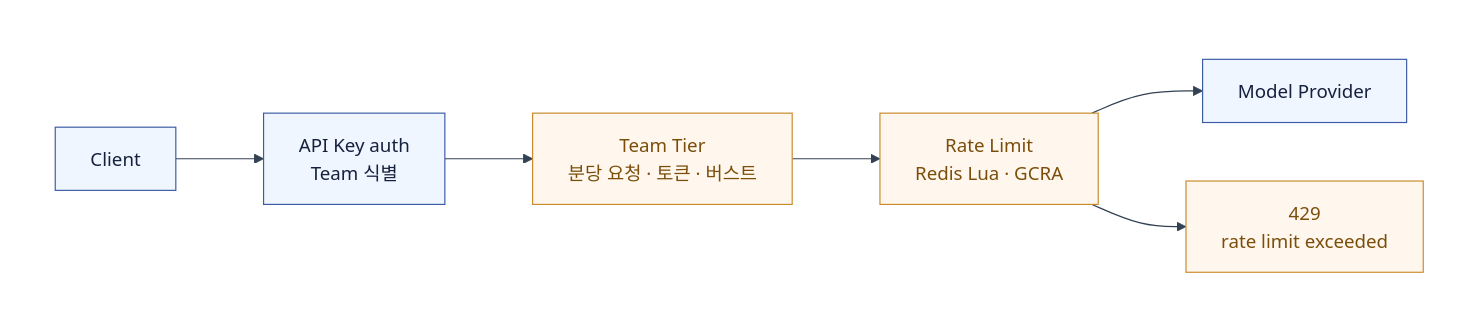
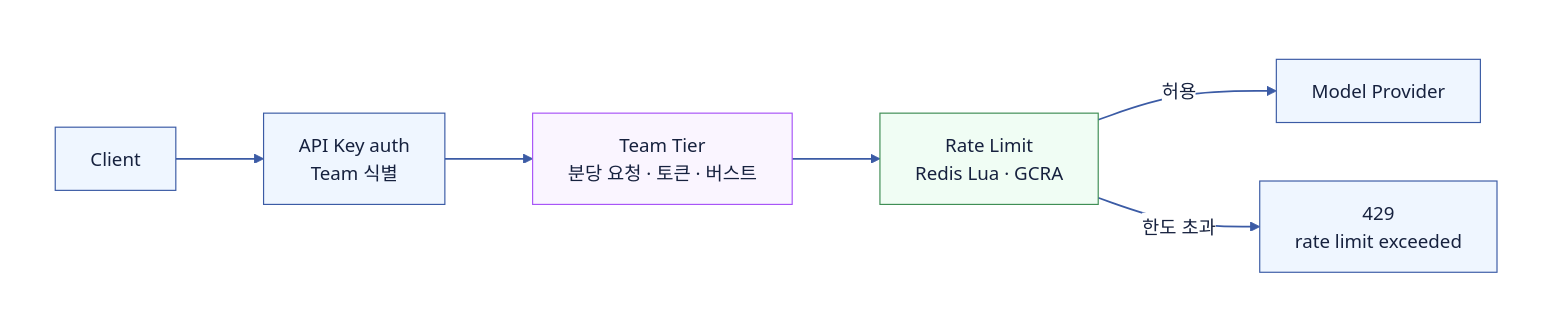
Before and after one commit to Hyune-s-lab/my-ai-study: the first of 3 diagrams in system-design/2608-admission-control/2608-p1-rate-limit.md, drawn with Mermaid. The commit also changed other lines of this file and 28 other files, not shown here.

Commit message:
docs: Mermaid 호환성과 문서 가독성 개선

````diff
--- a/system-design/2608-admission-control/2608-p1-rate-limit.md
+++ b/system-design/2608-admission-control/2608-p1-rate-limit.md
@@ -11,31 +11,26 @@
 ```mermaid
----
-config:
-  theme: base
-  darkMode: false
-  themeVariables:
-    background: "#ffffff"
-    primaryColor: "#ffffff"
-    primaryTextColor: "#111827"
-    primaryBorderColor: "#475569"
-    lineColor: "#334155"
-    edgeLabelBackground: "#ffffff"
----
 flowchart LR
+%%{init: {"theme": "base", "darkMode": false, "themeVariables": {"background": "#ffffff", "primaryColor": "#EFF6FF", "primaryTextColor": "#16213E", "primaryBorderColor": "#3B5BA5", "secondaryColor": "#F0FDF4", "tertiaryColor": "#FAF5FF", "lineColor": "#3B5BA5", "textColor": "#16213E", "edgeLabelBackground": "#ffffff", "clusterBkg": "#F8FAFC", "clusterBorder": "#CBD5E1"}}}%%
   subgraph canvas[" "]
     direction LR
-    client["Client"]:::app
-    auth["API Key auth<br/>Team 식별"]:::app
-    tier["Team Tier<br/>분당 요청 · 토큰 · 버스트"]:::ctrl
-    rate["Rate Limit<br/>Redis Lua · GCRA"]:::ctrl
-    provider["Model Provider"]:::app
-    denied["429<br/>rate limit exceeded"]:::ctrl
-
-    client --> auth --> tier --> rate --> provider
-    rate --> denied
+    client["Client"]
+    auth["API Key auth<br/>Team 식별"]
+    tier["Team Tier<br/>분당 요청 · 토큰 · 버스트"]
+    rate["Rate Limit<br/>Redis Lua · GCRA"]
+    provider["Model Provider"]
+    denied["429<br/>rate limit exceeded"]
+  
+    client --> auth --> tier --> rate
+    rate -->|"허용"| provider
+    rate -->|"한도 초과"| denied
   end
-
+  style canvas fill:#ffffff,stroke:#ffffff,color:#111827
+  linkStyle default stroke:#3B5BA5,stroke-width:1.5px
   classDef app fill:#EFF6FF,stroke:#3B5BA5,stroke-width:1px,color:#16213E
-  classDef ctrl fill:#FFF7ED,stroke:#C98A2B,stroke-width:1px,color:#7A4E0A
-  style canvas fill:#ffffff,stroke:#ffffff,stroke-width:0px,color:#111827
+  class client,auth,provider,denied app
+  classDef db fill:#F0FDF4,stroke:#3F8E55,stroke-width:1px,color:#16213E
+  class rate db
+  classDef policy fill:#FAF5FF,stroke:#A855F7,stroke-width:1px,color:#16213E
+  class tier policy
+  classDef worker fill:#FFF7ED,stroke:#C98A2B,stroke-width:1px,color:#16213E
 ```
````
